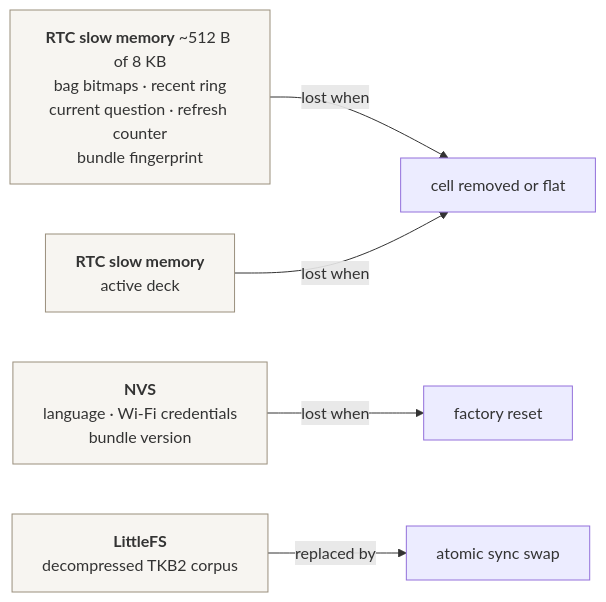
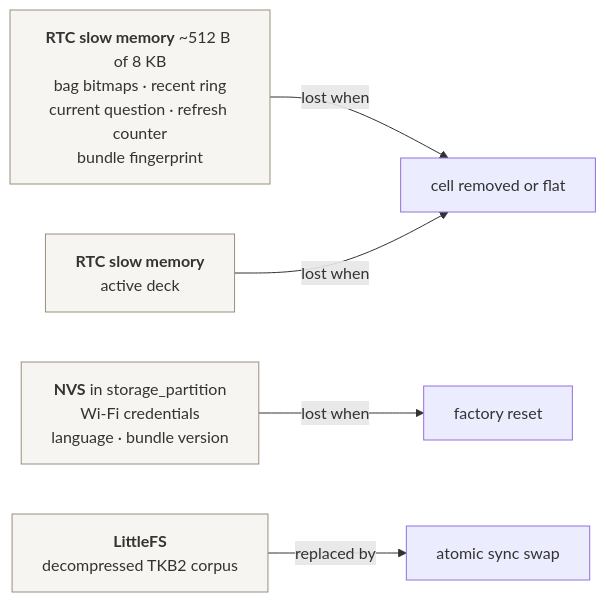
Before and after one commit to giacomomellone/cicala: the tenth of 13 diagrams in docs/firmware_architecture.md, drawn with Mermaid. The commit also changed other lines of this file and 5 other files, not shown here.

````diff
--- a/docs/firmware_architecture.md
+++ b/docs/firmware_architecture.md
@@ -496,22 +606,22 @@
 ```mermaid
 flowchart LR
     RTC["`**RTC slow memory** ~512 B of 8 KB
     bag bitmaps · recent ring
     current question · refresh counter
     bundle fingerprint`"]
-    NVS["`**NVS**
-    language · Wi-Fi credentials
-    bundle version`"]
+    NVS["`**NVS** in storage_partition
+    Wi-Fi credentials
+    language · bundle version`"]
     LFS["`**LittleFS**
     decompressed TKB2 corpus`"]
     ACT["`**RTC slow memory**
     active deck`"]
 
     RTC -- lost when --> B1[cell removed or flat]
     NVS -- lost when --> B2[factory reset]
     LFS -- replaced by --> B3[atomic sync swap]
     ACT -- lost when --> B1
 
     classDef k fill:#f7f5f1,stroke:#9a8f7d
     class RTC,NVS,LFS,ACT k
 ```
````
